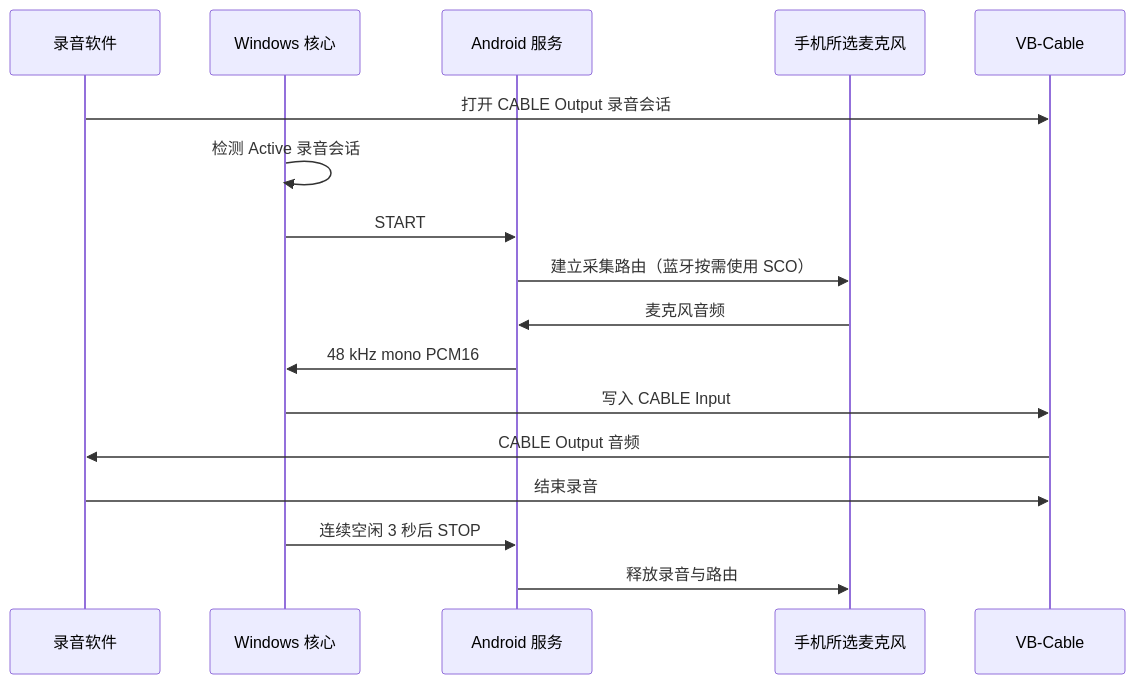
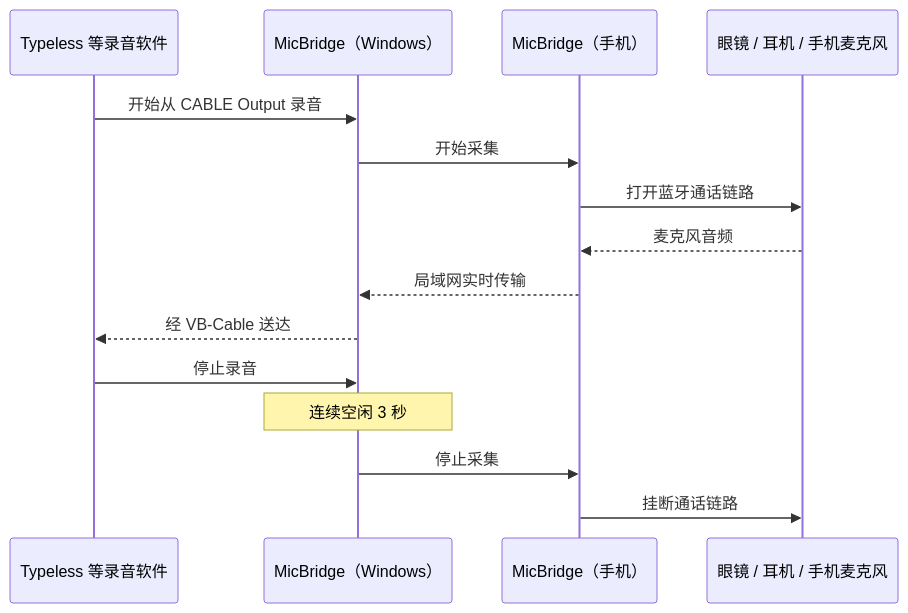
Before and after one commit to lyyQwQ/MicBridge: the diagram in README.md, drawn with Mermaid. The commit also changed other lines of this file, not shown here.

````diff
--- a/README.md
+++ b/README.md
@@ -20,19 +27,17 @@
 ```mermaid
 sequenceDiagram
-    participant T as 录音软件
-    participant W as Windows 核心
-    participant A as Android 服务
-    participant R as 手机所选麦克风
-    participant V as VB-Cable
-    T->>V: 打开 CABLE Output 录音会话
-    W->>W: 检测 Active 录音会话
-    W->>A: START
-    A->>R: 建立采集路由（蓝牙按需使用 SCO）
-    R->>A: 麦克风音频
-    A->>W: 48 kHz mono PCM16
-    W->>V: 写入 CABLE Input
-    V->>T: CABLE Output 音频
-    T->>V: 结束录音
-    W->>A: 连续空闲 3 秒后 STOP
-    A->>R: 释放录音与路由
+    participant T as Typeless 等录音软件
+    participant W as MicBridge（Windows）
+    participant P as MicBridge（手机）
+    participant G as 眼镜 / 耳机 / 手机麦克风
+    T->>W: 开始从 CABLE Output 录音
+    W->>P: 开始采集
+    P->>G: 打开蓝牙通话链路
+    G-->>P: 麦克风音频
+    P-->>W: 局域网实时传输
+    W-->>T: 经 VB-Cable 送达
+    T->>W: 停止录音
+    Note over W: 连续空闲 3 秒
+    W->>P: 停止采集
+    P->>G: 挂断通话链路
 ```
````
